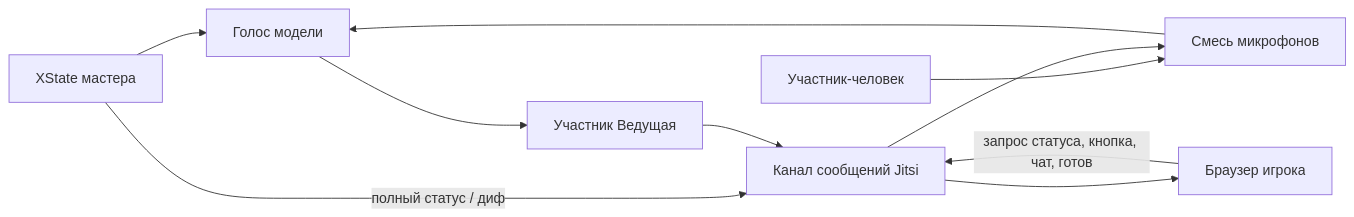
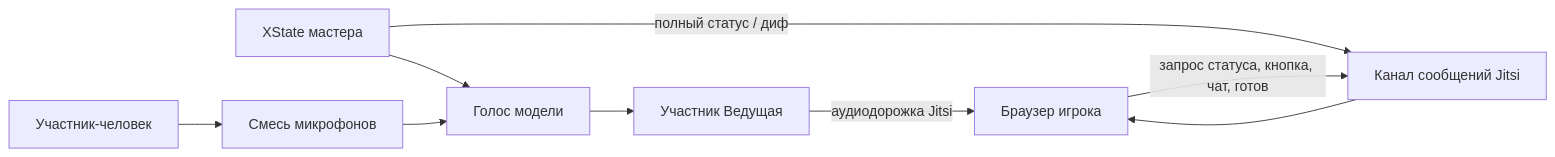
The diagram in docs/ONLINE.md (roginvs/aisigame), drawn with Mermaid before and after one commit. The commit also changed other lines of this file and 10 other files, not shown here.

````diff
--- a/docs/ONLINE.md
+++ b/docs/ONLINE.md
@@ -11,19 +11,18 @@
 ```mermaid
 flowchart LR
   Machine[XState мастера]
   Voice[Голос модели]
   Mix[Смесь микрофонов]
   Human[Участник-человек]
   Bot[Участник Ведущая]
   Bridge[Канал сообщений Jitsi]
   Joiner[Браузер игрока]
   Machine --> Voice
   Voice --> Bot
   Human --> Mix
-  Bridge --> Mix
   Mix --> Voice
   Machine -->|"полный статус / диф"| Bridge
   Joiner -->|"запрос статуса, кнопка, чат, готов"| Bridge
   Bridge --> Joiner
-  Bot --> Bridge
+  Bot -->|аудиодорожка Jitsi| Joiner
 ```
````
